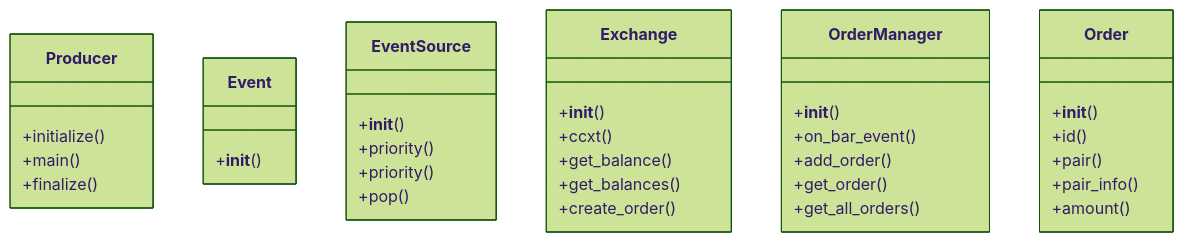
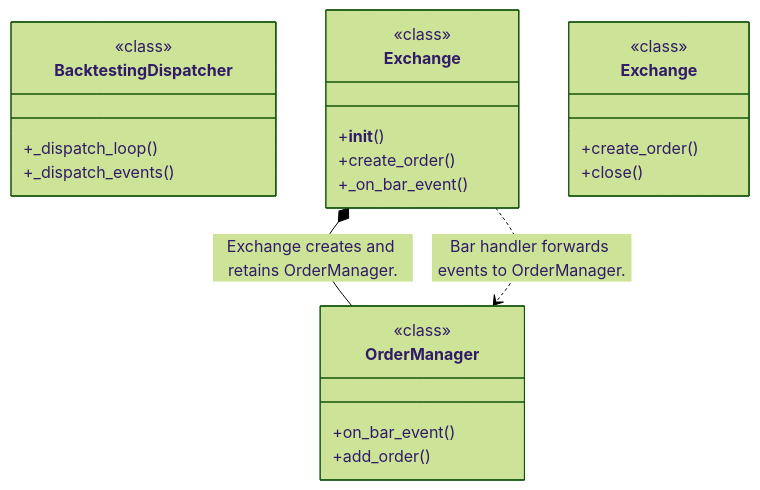
Before and after one commit to alexcwyu/basana: the second of 4 diagrams in docs/ayu-develop.md, drawn with Mermaid (forest theme). The commit also changed other lines of this file and 13 other files, not shown here.

Commit message:
docs: standardize source-reviewed system guides and offline diagrams

````diff
--- a/docs/ayu-develop.md
+++ b/docs/ayu-develop.md
@@ -83,38 +88,26 @@
 ```mermaid
 classDiagram
-    class Producer {
-        +initialize()
-        +main()
-        +finalize()
-    }
-    class Event {
-        +__init__()
-    }
-    class EventSource {
-        +__init__()
-        +priority()
-        +priority()
-        +pop()
-    }
-    class Exchange {
-        +__init__()
-        +ccxt()
-        +get_balance()
-        +get_balances()
-        +create_order()
-    }
-    class OrderManager {
-        +__init__()
-        +on_bar_event()
-        +add_order()
-        +get_order()
-        +get_all_orders()
-    }
-    class Order {
-        +__init__()
-        +id()
-        +pair()
-        +pair_info()
-        +amount()
-    }
+  class N0["BacktestingDispatcher"] {
+    <<class>>
+    +_dispatch_loop()
+    +_dispatch_events()
+  }
+  class N1["Exchange"] {
+    <<class>>
+    +__init__()
+    +create_order()
+    +_on_bar_event()
+  }
+  class N2["OrderManager"] {
+    <<class>>
+    +on_bar_event()
+    +add_order()
+  }
+  class N3["Exchange"] {
+    <<class>>
+    +create_order()
+    +close()
+  }
+  N1 *-- N2 : Exchange creates and retains OrderManager.
+  N1 ..> N2 : Bar handler forwards events to OrderManager.
 ```
````
